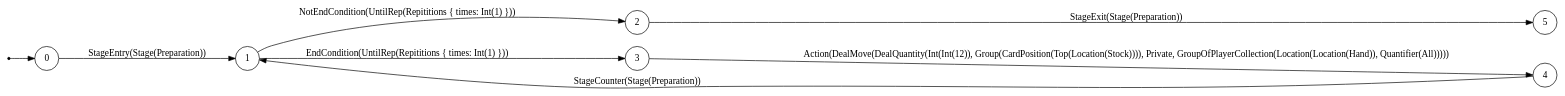
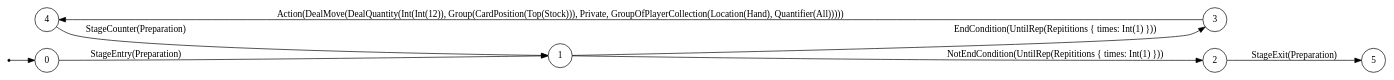
One commit to mentalcardgames/mcg changed the diagram in ir/tests_out/stage.dot. Above: the diagram before and after it, drawn with Graphviz. The commit also changed 31 other files, not shown here.

```diff
--- a/ir/tests_out/stage.dot
+++ b/ir/tests_out/stage.dot
@@ -1,12 +1,12 @@
 digraph FSM {
   rankdir=LR;
   node [shape = circle];
+  4 -> 1 [label="StageCounter(Preparation)"];
+  1 -> 3 [label="EndCondition(UntilRep(Repititions { times: Int(1) }))"];
+  0 -> 1 [label="StageEntry(Preparation)"];
   1 -> 2 [label="NotEndCondition(UntilRep(Repititions { times: Int(1) }))"];
-  1 -> 3 [label="EndCondition(UntilRep(Repititions { times: Int(1) }))"];
-  3 -> 4 [label="Action(DealMove(DealQuantity(Int(Int(12)), Group(CardPosition(Top(Location(Stock)))), Private, GroupOfPlayerCollection(Location(Location(Hand)), Quantifier(All)))))"];
-  0 -> 1 [label="StageEntry(Stage(Preparation))"];
-  4 -> 1 [label="StageCounter(Stage(Preparation))"];
-  2 -> 5 [label="StageExit(Stage(Preparation))"];
+  3 -> 4 [label="Action(DealMove(DealQuantity(Int(Int(12)), Group(CardPosition(Top(Stock))), Private, GroupOfPlayerCollection(Location(Hand), Quantifier(All)))))"];
+  2 -> 5 [label="StageExit(Preparation)"];
   start [shape=point];
   start -> 0;
 }
```
